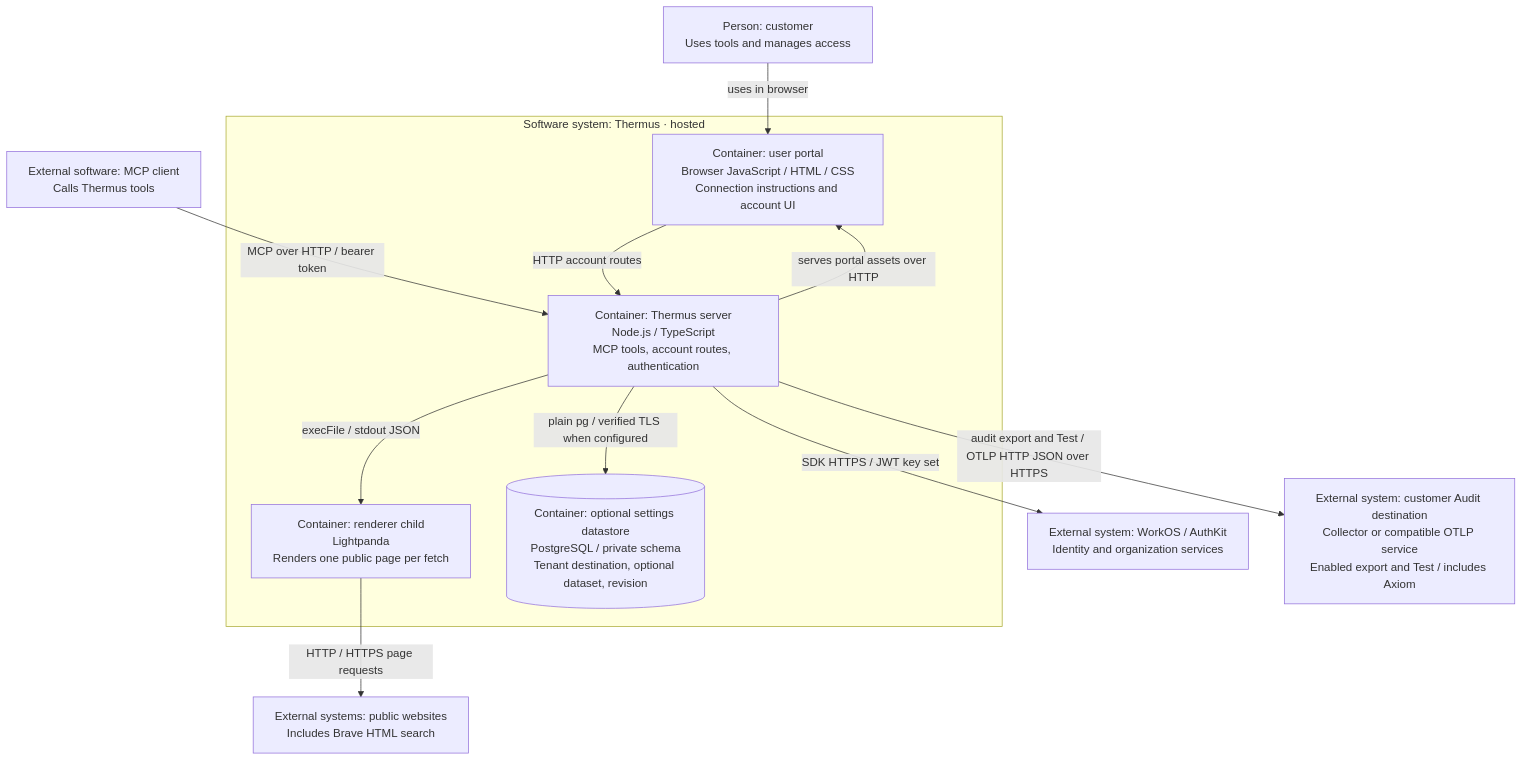
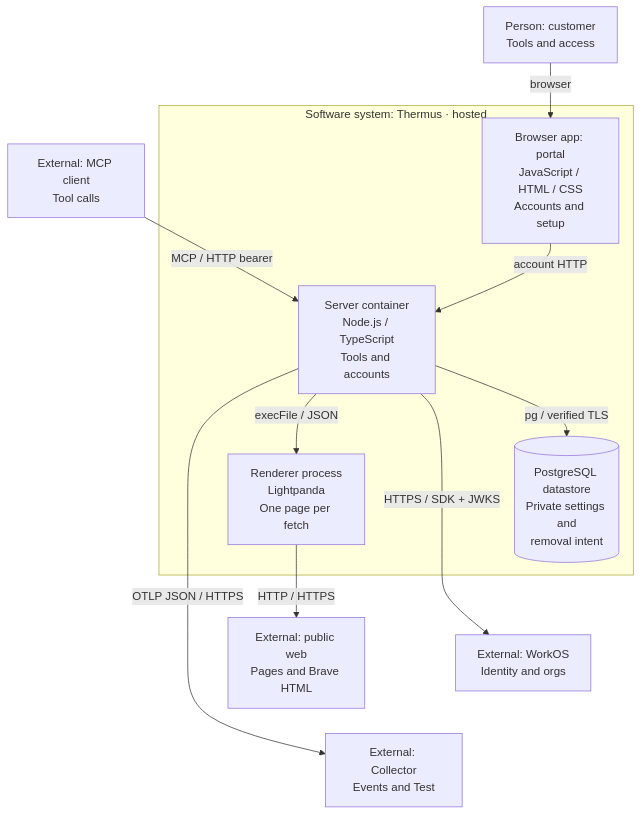
The second of 15 diagrams in architecture/components.md (tomer-mayara/Thermus), drawn with Mermaid before and after one commit. The commit also changed other lines of this file and 40 other files, not shown here.

Commit message:
Coordinate membership removal with durable per-org admission

````diff
--- a/architecture/components.md
+++ b/architecture/components.md
@@ -57,24 +61,26 @@
 ```mermaid
-%%{init: {"flowchart": {"wrappingWidth": 260}}}%%
+%%{init: {"flowchart": {"wrappingWidth": 130, "nodeSpacing": 20, "rankSpacing": 35}}}%%
 flowchart TB
-  hosted_user["Person: customer<br/>Uses tools and manages access"]
-  hosted_client["External software: MCP client<br/>Calls Thermus tools"]
+  hosted_user["Person: customer<br/>Tools and access"]
+  hosted_client["External: MCP client<br/>Tool calls"]
   subgraph hosted_system["Software system: Thermus · hosted"]
-    hosted_portal["Container: user portal<br/>Browser JavaScript / HTML / CSS<br/>Connection instructions and account UI"]
-    hosted_server["Container: Thermus server<br/>Node.js / TypeScript<br/>MCP tools, account routes, authentication"]
-    hosted_renderer["Container: renderer child<br/>Lightpanda<br/>Renders one public page per fetch"]
-    hosted_settings[("Container: optional settings datastore<br/>PostgreSQL / private schema<br/>Tenant destination, optional dataset, revision")]
+    hosted_portal["Browser app: portal<br/>JavaScript / HTML / CSS<br/>Accounts and setup"]
+    hosted_server["Server container<br/>Node.js / TypeScript<br/>Tools and accounts"]
+    hosted_renderer["Renderer process<br/>Lightpanda<br/>One page per fetch"]
+    hosted_settings[("PostgreSQL datastore<br/>Private settings and<br/>removal intent")]
   end
-  hosted_workos["External system: WorkOS / AuthKit<br/>Identity and organization services"]
-  hosted_public["External systems: public websites<br/>Includes Brave HTML search"]
-  hosted_collector["External system: customer Audit destination<br/>Collector or compatible OTLP service<br/>Enabled export and Test / includes Axiom"]
-  hosted_user -->|uses in browser| hosted_portal
-  hosted_client -->|MCP over HTTP / bearer token| hosted_server
-  hosted_portal -->|HTTP account routes| hosted_server
-  hosted_server -->|serves portal assets over HTTP| hosted_portal
-  hosted_server -->|SDK HTTPS / JWT key set| hosted_workos
-  hosted_server -->|plain pg / verified TLS when configured| hosted_settings
-  hosted_server -->|audit export and Test / OTLP HTTP JSON over HTTPS| hosted_collector
-  hosted_server -->|execFile / stdout JSON| hosted_renderer
-  hosted_renderer -->|HTTP / HTTPS page requests| hosted_public
+  hosted_workos["External: WorkOS<br/>Identity and orgs"]
+  hosted_public["External: public web<br/>Pages and Brave HTML"]
+  hosted_collector["External: Collector<br/>Events and Test"]
+  hosted_user -->|browser| hosted_portal
+  hosted_client -->|MCP / HTTP bearer| hosted_server
+  hosted_portal -->|account HTTP| hosted_server
+  hosted_server -->|HTTPS / SDK + JWKS| hosted_workos
+  hosted_server -->|pg / verified TLS| hosted_settings
+  hosted_server -->|OTLP JSON / HTTPS| hosted_collector
+  hosted_server -->|execFile / JSON| hosted_renderer
+  hosted_renderer -->|HTTP / HTTPS| hosted_public
+  %% Invisible links keep external services in one column.
+  hosted_settings ~~~ hosted_workos
+  hosted_workos ~~~ hosted_collector
 ```
````
